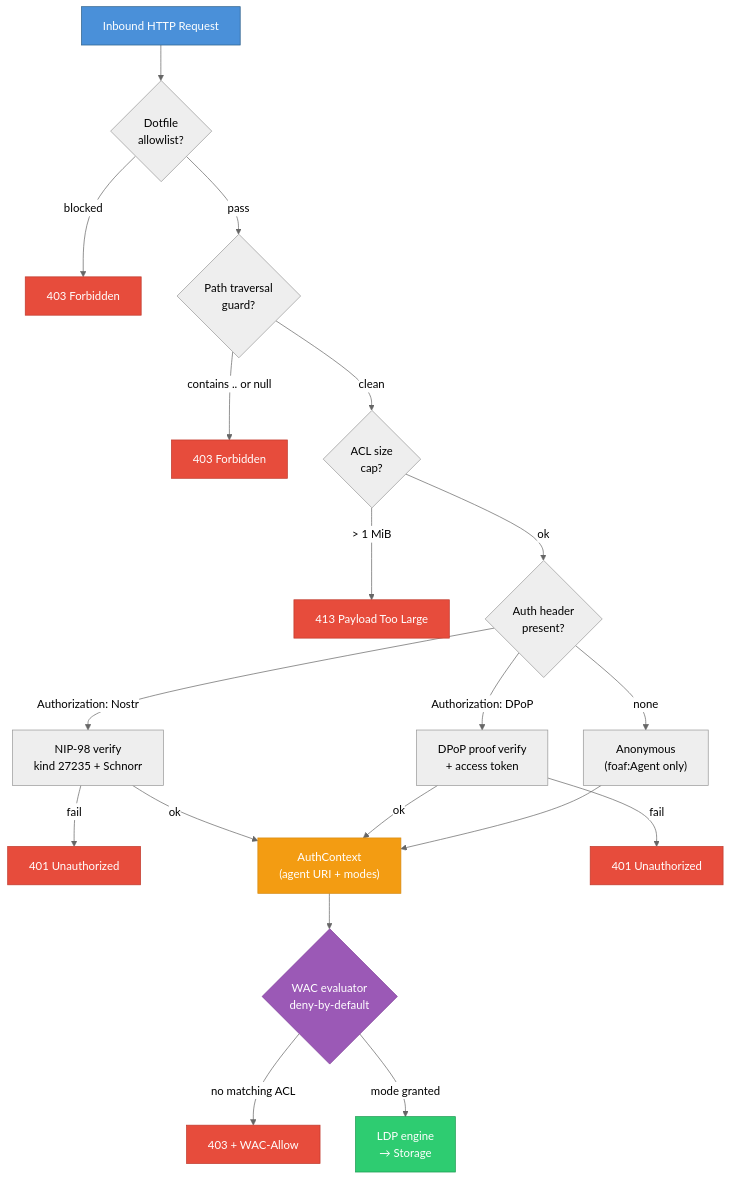
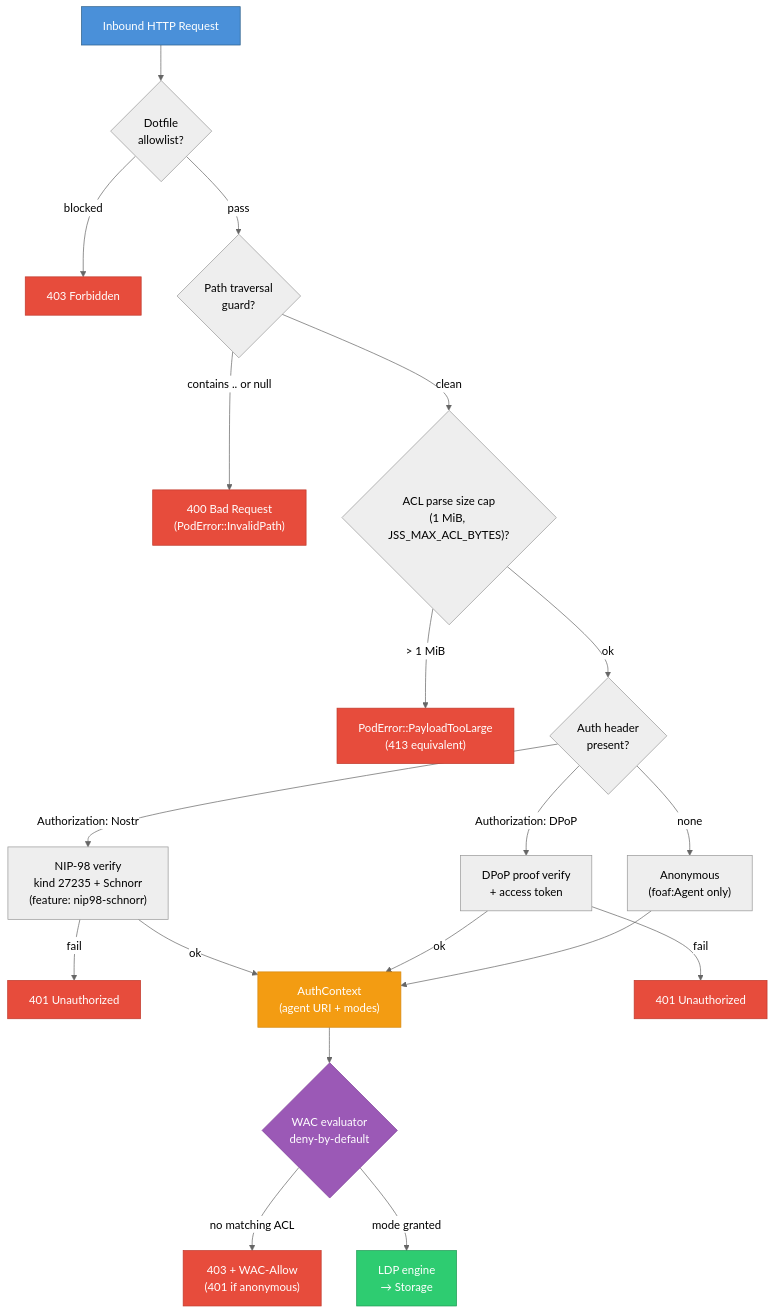
The diagram in crates/solid-pod-rs/docs/explanation/security-model.md (DreamLab-AI/solid-pod-rs), drawn with Mermaid (neutral theme) before and after one commit. The commit also changed other lines of this file and 12 other files, not shown here.

First line of the commit message:
docs(diagrams): verify mermaid diagrams against crate code; correct drifted claims

````diff
--- a/crates/solid-pod-rs/docs/explanation/security-model.md
+++ b/crates/solid-pod-rs/docs/explanation/security-model.md
@@ -30,35 +30,35 @@
 ```mermaid
 flowchart TD
     REQ["Inbound HTTP Request"] --> DOTFILE{"Dotfile<br/>allowlist?"}
     DOTFILE -->|blocked| R403A["403 Forbidden"]
     DOTFILE -->|pass| TRAV{"Path traversal<br/>guard?"}
-    TRAV -->|"contains .. or null"| R403B["403 Forbidden"]
-    TRAV -->|clean| SIZECAP{"ACL size<br/>cap?"}
-    SIZECAP -->|"> 1 MiB"| R413["413 Payload Too Large"]
+    TRAV -->|"contains .. or null"| R400["400 Bad Request<br/>(PodError::InvalidPath)"]
+    TRAV -->|clean| SIZECAP{"ACL parse size cap<br/>(1 MiB, JSS_MAX_ACL_BYTES)?"}
+    SIZECAP -->|"> 1 MiB"| R413["PodError::PayloadTooLarge<br/>(413 equivalent)"]
     SIZECAP -->|ok| AUTHTYPE{"Auth header<br/>present?"}
 
-    AUTHTYPE -->|"Authorization: Nostr"| NIP98["NIP-98 verify<br/>kind 27235 + Schnorr"]
+    AUTHTYPE -->|"Authorization: Nostr"| NIP98["NIP-98 verify<br/>kind 27235 + Schnorr<br/>(feature: nip98-schnorr)"]
     AUTHTYPE -->|"Authorization: DPoP"| DPOP["DPoP proof verify<br/>+ access token"]
     AUTHTYPE -->|none| ANON["Anonymous<br/>(foaf:Agent only)"]
 
     NIP98 -->|"fail"| R401A["401 Unauthorized"]
     NIP98 -->|"ok"| IDENTITY["AuthContext<br/>(agent URI + modes)"]
     DPOP -->|"fail"| R401B["401 Unauthorized"]
     DPOP -->|"ok"| IDENTITY
     ANON --> IDENTITY
 
     IDENTITY --> WAC{"WAC evaluator<br/>deny-by-default"}
-    WAC -->|"no matching ACL"| R403C["403 + WAC-Allow"]
+    WAC -->|"no matching ACL"| R403C["403 + WAC-Allow<br/>(401 if anonymous)"]
     WAC -->|"mode granted"| LDP["LDP engine<br/>→ Storage"]
 
     style REQ fill:#4a90d9,stroke:#2c5f8a,color:#fff
     style LDP fill:#2ecc71,stroke:#1a9850,color:#fff
     style R403A fill:#e74c3c,stroke:#c0392b,color:#fff
-    style R403B fill:#e74c3c,stroke:#c0392b,color:#fff
+    style R400 fill:#e74c3c,stroke:#c0392b,color:#fff
     style R403C fill:#e74c3c,stroke:#c0392b,color:#fff
     style R401A fill:#e74c3c,stroke:#c0392b,color:#fff
     style R401B fill:#e74c3c,stroke:#c0392b,color:#fff
     style R413 fill:#e74c3c,stroke:#c0392b,color:#fff
     style IDENTITY fill:#f39c12,stroke:#d68910,color:#fff
     style WAC fill:#9b59b6,stroke:#7d3c98,color:#fff
 ```
````
